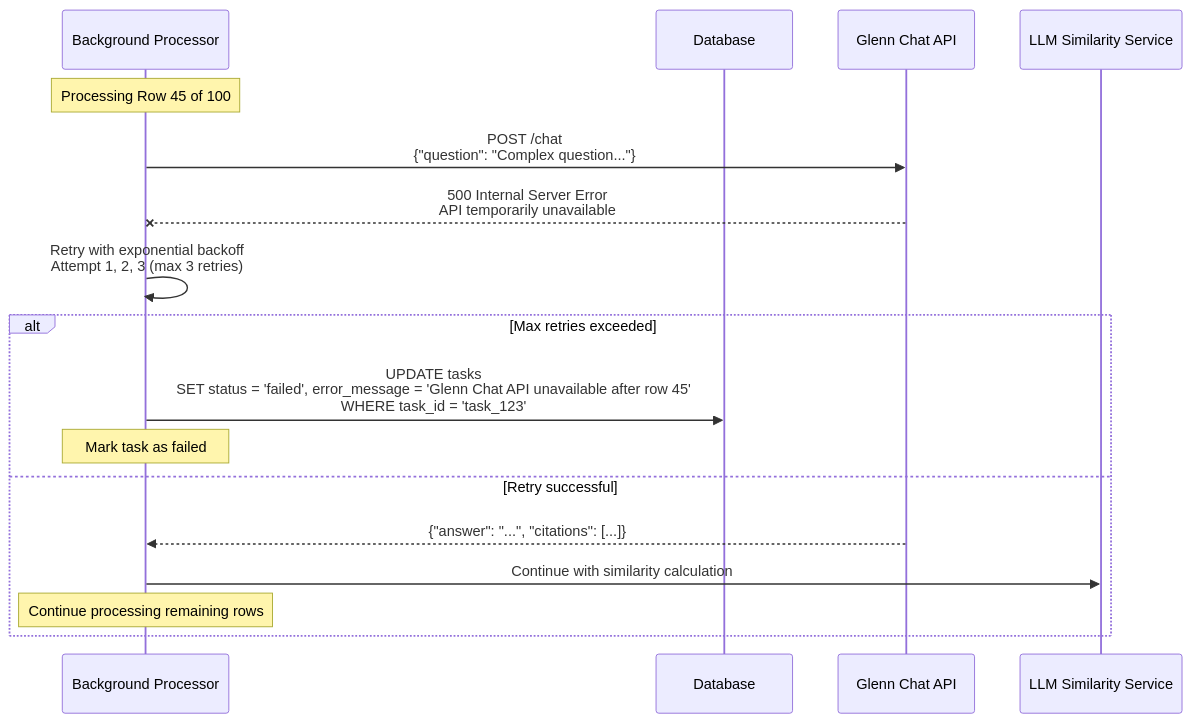
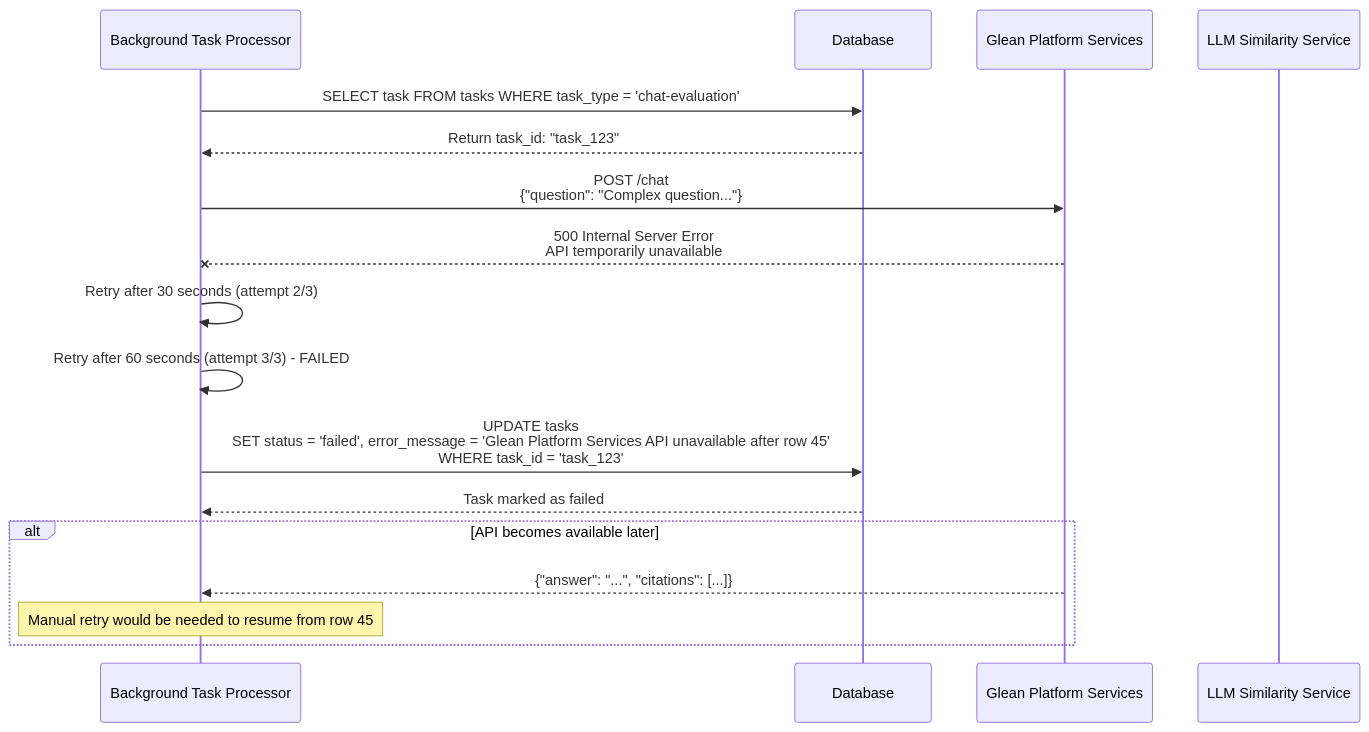
Before and after one commit to andrewhzy/cursor-learn: the second of 2 diagrams in docs/sequence-diagram-chat-evaluation.md, drawn with Mermaid. The commit also changed other lines of this file and 5 other files, not shown here.

````diff
--- a/docs/sequence-diagram-chat-evaluation.md
+++ b/docs/sequence-diagram-chat-evaluation.md
@@ -60,23 +54,24 @@
 ```mermaid
 sequenceDiagram
-    participant BG as Background Processor
+    participant BG as Background Task Processor
     participant DB as Database
-    participant Glenn as Glenn Chat API
+    participant Glean as Glean Platform Services
     participant LLM as LLM Similarity Service
     
-    Note over BG: Processing Row 45 of 100
+    BG->>DB: SELECT task FROM tasks WHERE task_type = 'chat-evaluation'
+    DB-->>BG: Return task_id: "task_123"
     
-    BG->>Glenn: POST /chat<br/>{"question": "Complex question..."}
-    Glenn--xBG: 500 Internal Server Error<br/>API temporarily unavailable
+    BG->>Glean: POST /chat<br/>{"question": "Complex question..."}
+    Glean--xBG: 500 Internal Server Error<br/>API temporarily unavailable
     
-    BG->>BG: Retry with exponential backoff<br/>Attempt 1, 2, 3 (max 3 retries)
+    BG->>BG: Retry after 30 seconds (attempt 2/3)
+    BG->>BG: Retry after 60 seconds (attempt 3/3) - FAILED
     
-    alt Max retries exceeded
-        BG->>DB: UPDATE tasks<br/>SET status = 'failed', error_message = 'Glenn Chat API unavailable after row 45'<br/>WHERE task_id = 'task_123'
-        Note over BG: Mark task as failed
-    else Retry successful
-        Glenn-->>BG: {"answer": "...", "citations": [...]}
-        BG->>LLM: Continue with similarity calculation
-        Note over BG: Continue processing remaining rows
+    BG->>DB: UPDATE tasks<br/>SET status = 'failed', error_message = 'Glean Platform Services API unavailable after row 45'<br/>WHERE task_id = 'task_123'
+    DB-->>BG: Task marked as failed
+    
+    alt API becomes available later
+        Glean-->>BG: {"answer": "...", "citations": [...]}
+        Note over BG: Manual retry would be needed to resume from row 45
     end
 ```
````
